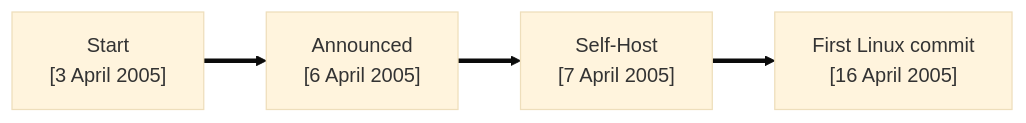
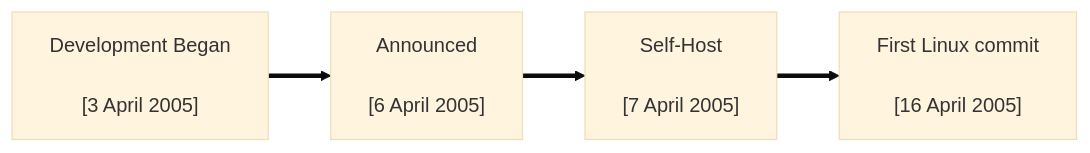
One commit to hanning0511/git changed the diagram in slides/birth/key-events.md. Above: the diagram before and after it, drawn with Mermaid (base theme). The commit also changed other lines of this file, not shown here.

````diff
--- a/slides/birth/key-events.md
+++ b/slides/birth/key-events.md
@@ -5,4 +7,4 @@
 ```mermaid
 flowchart LR
-  A["Start\n[3 April 2005]"] ==> B["Announced\n[6 April 2005]"] ==> C["Self-Host\n[7 April 2005]"] ==> D["First Linux commit\n[16 April 2005]"]
+  A["Development Began\n\n[3 April 2005]"] ==> B["Announced\n\n[6 April 2005]"] ==> C["Self-Host\n\n[7 April 2005]"] ==> D["First Linux commit\n\n[16 April 2005]"]
 ```
````
